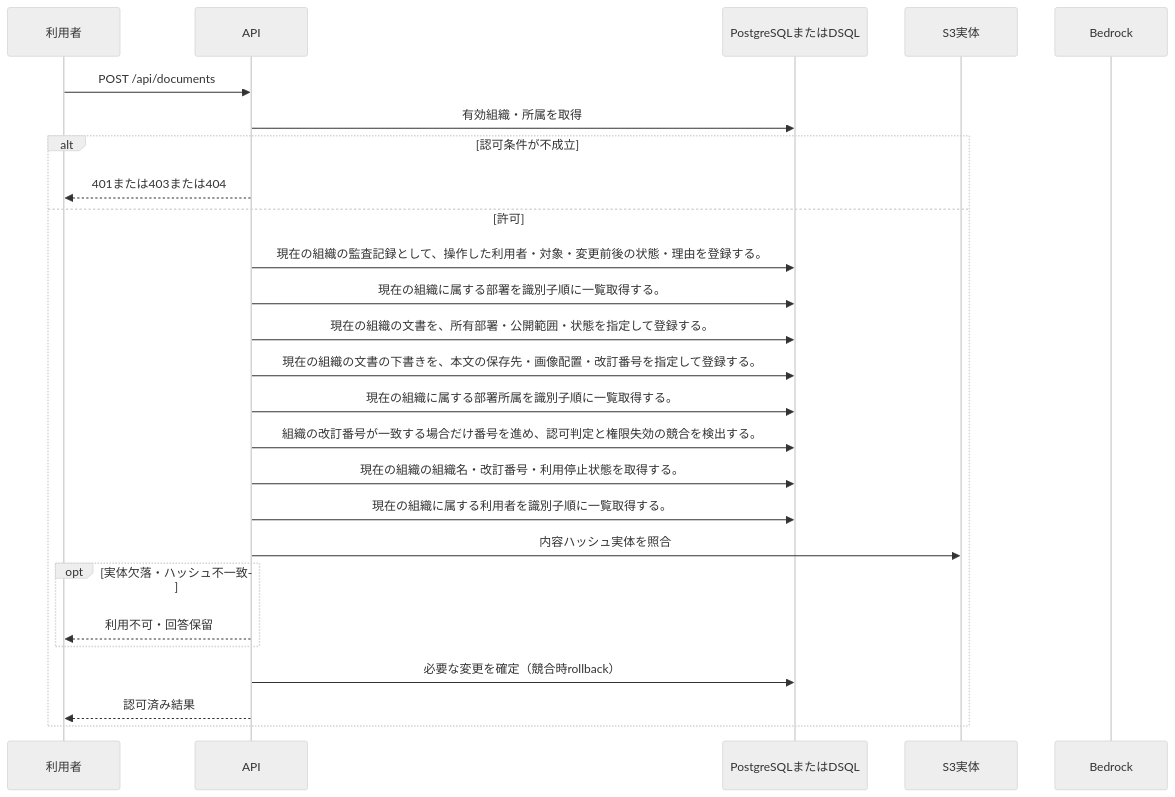
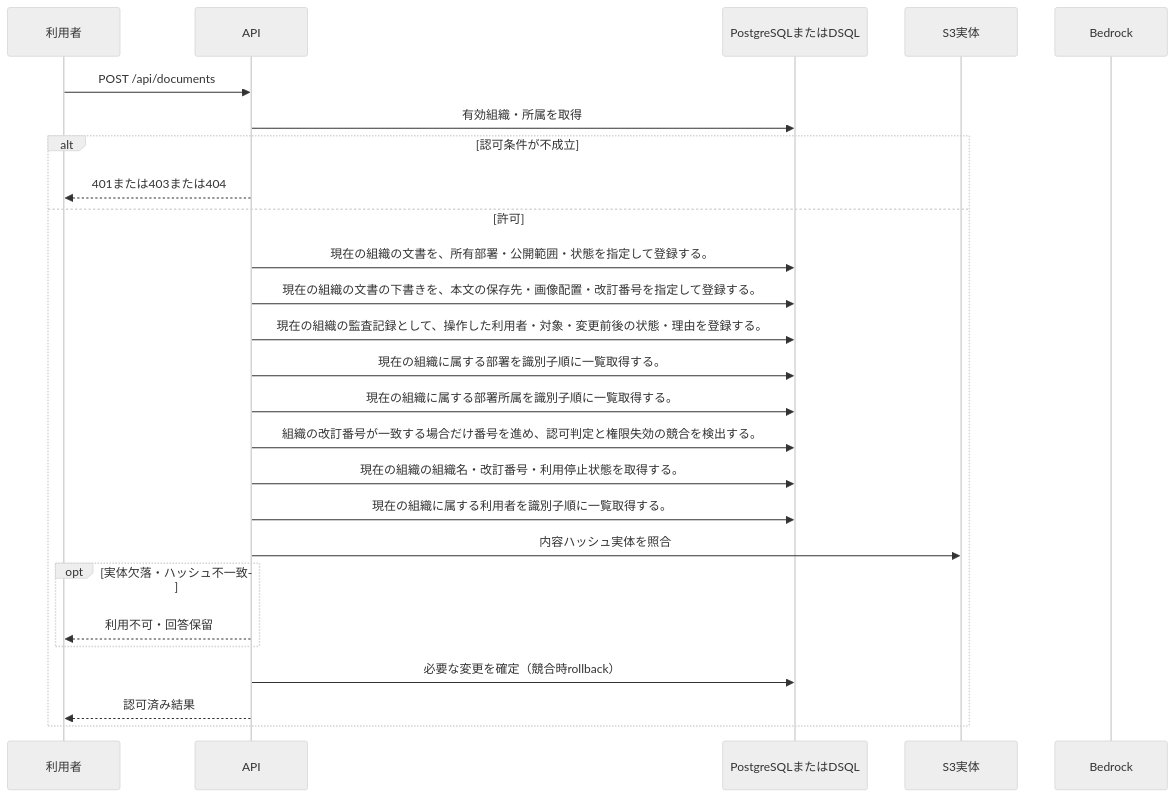
Before and after one commit to tsuji-tomonori/KotoRelay: the diagram in docs/design/generated/api/documents/create_document/sequence.md, drawn with Mermaid (neutral theme). The commit also changed other lines of this file and 628 other files, not shown here.

````diff
--- a/docs/design/generated/api/documents/create_document/sequence.md
+++ b/docs/design/generated/api/documents/create_document/sequence.md
@@ -7,28 +7,28 @@
 ```mermaid
 sequenceDiagram
     participant U as 利用者
     participant A as API
     participant D as PostgreSQLまたはDSQL
     participant S as S3実体
     participant M as Bedrock
     U->>A: POST /api/documents
     A->>D: 有効組織・所属を取得
     alt 認可条件が不成立
         A-->>U: 401または403または404
     else 許可
+        A->>D: 現在の組織の文書を、所有部署・公開範囲・状態を指定して登録する。
+        A->>D: 現在の組織の文書の下書きを、本文の保存先・画像配置・改訂番号を指定して登録する。
         A->>D: 現在の組織の監査記録として、操作した利用者・対象・変更前後の状態・理由を登録する。
         A->>D: 現在の組織に属する部署を識別子順に一覧取得する。
-        A->>D: 現在の組織の文書を、所有部署・公開範囲・状態を指定して登録する。
-        A->>D: 現在の組織の文書の下書きを、本文の保存先・画像配置・改訂番号を指定して登録する。
         A->>D: 現在の組織に属する部署所属を識別子順に一覧取得する。
         A->>D: 組織の改訂番号が一致する場合だけ番号を進め、認可判定と権限失効の競合を検出する。
         A->>D: 現在の組織の組織名・改訂番号・利用停止状態を取得する。
         A->>D: 現在の組織に属する利用者を識別子順に一覧取得する。
         A->>S: 内容ハッシュ実体を照合
         opt 実体欠落・ハッシュ不一致
             A-->>U: 利用不可・回答保留
         end
         A->>D: 必要な変更を確定（競合時rollback）
         A-->>U: 認可済み結果
     end
 ```
````
